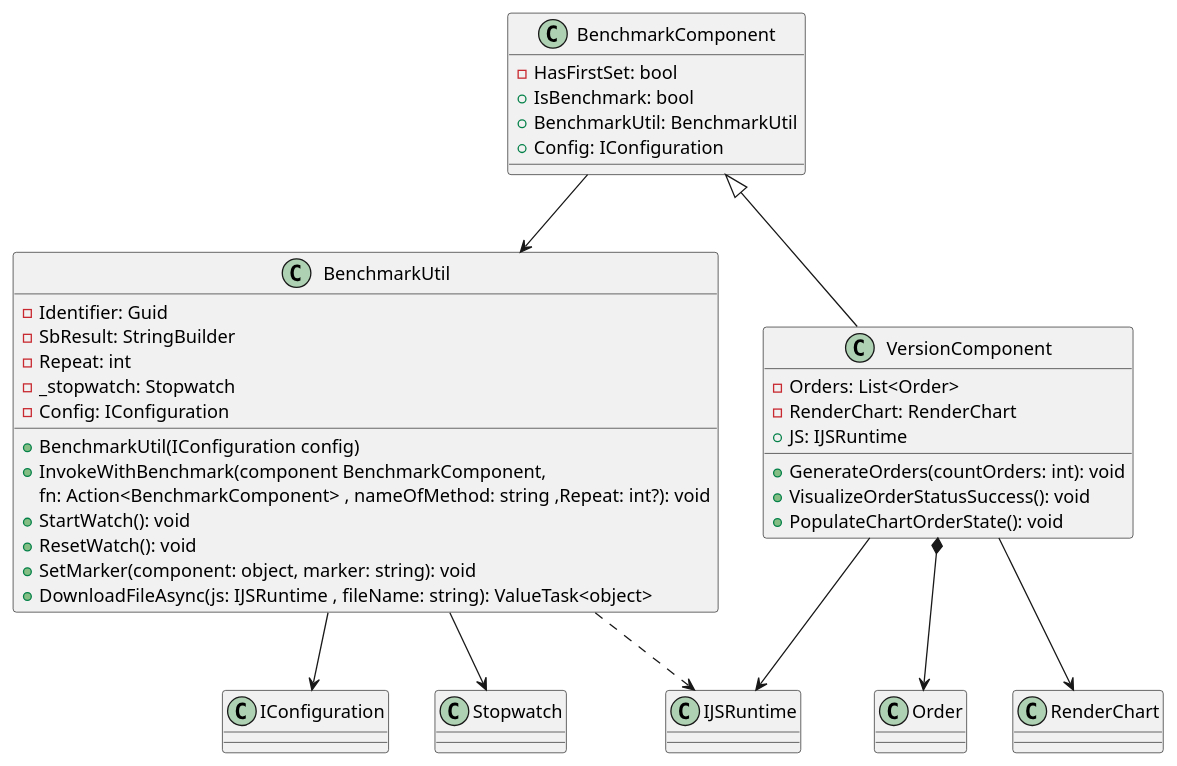
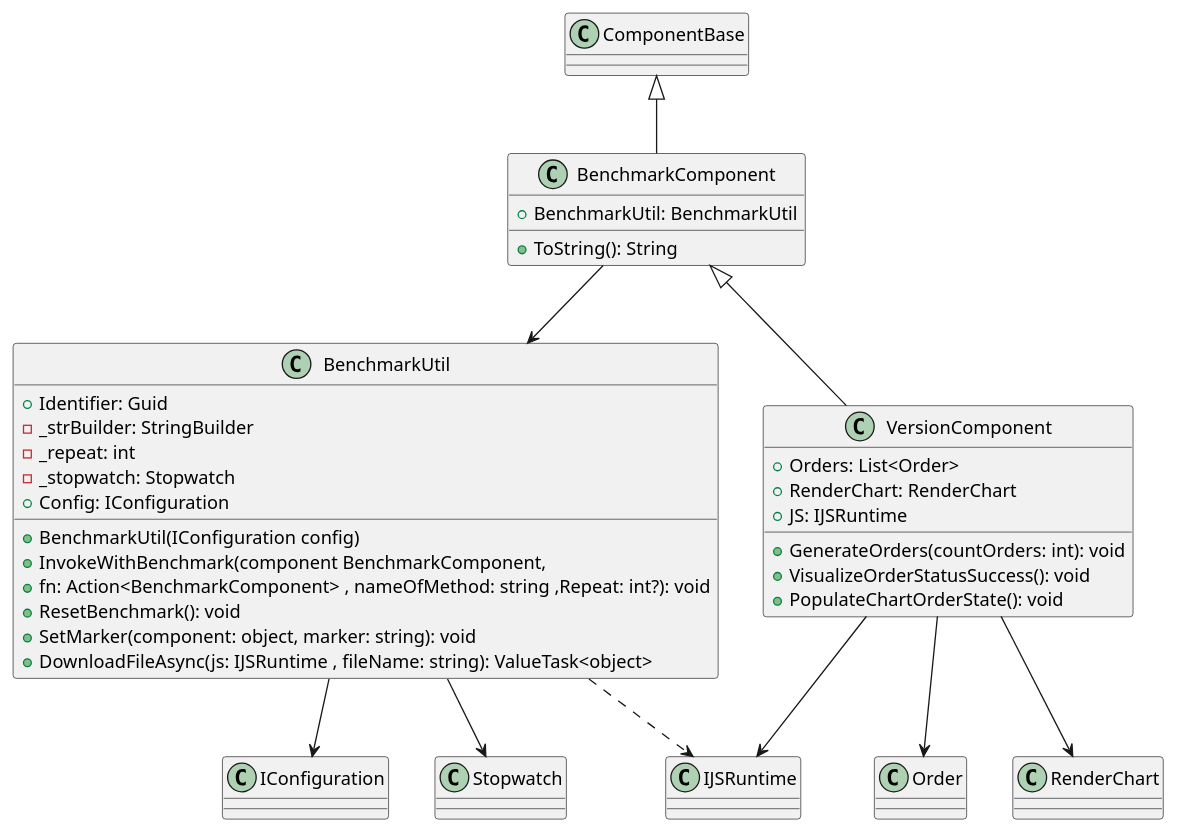
One commit to CRitterCode/PerformanceBenchBlazor changed the diagram in uml-class.puml. Above: the diagram before and after it, drawn with PlantUML. The commit also changed 6 other files, not shown here.

Commit message:
double inject not needed, uml-diagram not correct

```diff
--- a/uml-class.puml
+++ b/uml-class.puml
@@ -1,43 +1,40 @@
 @startuml
 
 class BenchmarkUtil {
-    - Identifier: Guid
-    - SbResult: StringBuilder
-    - Repeat: int
+    + Identifier: Guid
+    - _strBuilder: StringBuilder
+    - _repeat: int
     - _stopwatch: Stopwatch
-    - Config: IConfiguration
+    + Config: IConfiguration
     + BenchmarkUtil(IConfiguration config)
     + InvokeWithBenchmark(component BenchmarkComponent, 
-      fn: Action<BenchmarkComponent> , nameOfMethod: string ,Repeat: int?): void
-    + StartWatch(): void
-    + ResetWatch(): void
+    + fn: Action<BenchmarkComponent> , nameOfMethod: string ,Repeat: int?): void
+    + ResetBenchmark(): void
     + SetMarker(component: object, marker: string): void
     + DownloadFileAsync(js: IJSRuntime , fileName: string): ValueTask<object>
 }
 
-class BenchmarkComponent {
-    - HasFirstSet: bool
-    + IsBenchmark: bool
+class BenchmarkComponent extends ComponentBase {
     + BenchmarkUtil: BenchmarkUtil
-    + Config: IConfiguration
+    + ToString(): String
 }
 
 class VersionComponent {
-    - Orders: List<Order>
-    - RenderChart: RenderChart
+    + Orders: List<Order>
+    + RenderChart: RenderChart
     + JS: IJSRuntime
     + GenerateOrders(countOrders: int): void
     + VisualizeOrderStatusSuccess(): void
     + PopulateChartOrderState(): void
 }
 
 BenchmarkUtil --> IConfiguration
 BenchmarkUtil --> Stopwatch
 BenchmarkUtil ..> IJSRuntime
 BenchmarkComponent --> BenchmarkUtil
 BenchmarkComponent <|-- VersionComponent
-VersionComponent *--> Order
+VersionComponent --> Order
 VersionComponent --> RenderChart
 VersionComponent --> IJSRuntime
 
 @enduml
```
